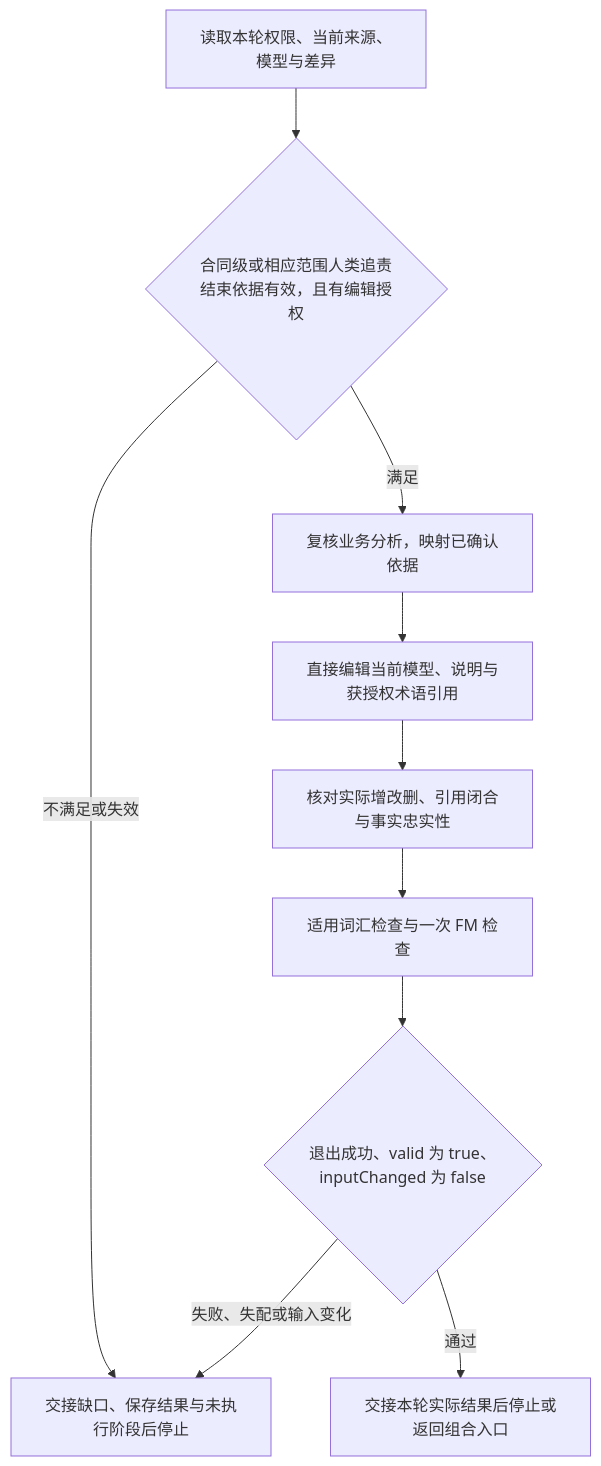
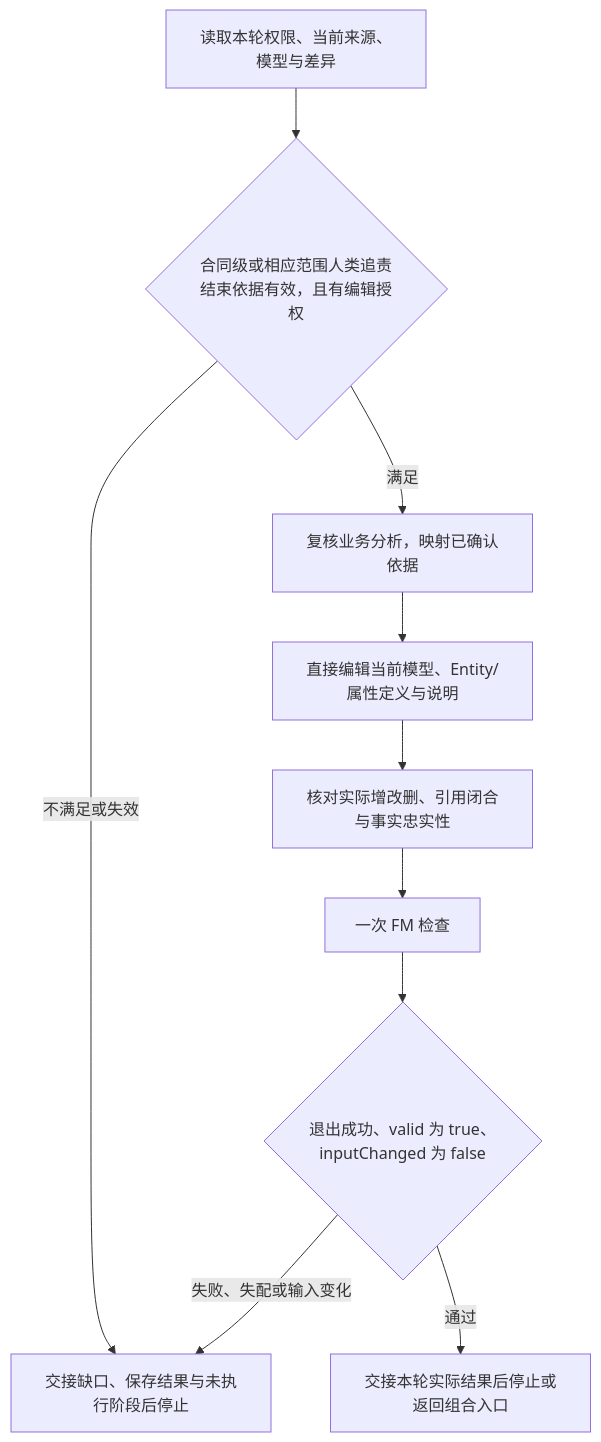
Before and after one commit to JayClock/Evidence-Framework: the diagram in .agents/skills/evidence-fm/references/editing-workflow.md, drawn with Mermaid. The commit also changed other lines of this file and 65 other files, not shown here.

````diff
--- a/.agents/skills/evidence-fm/references/editing-workflow.md
+++ b/.agents/skills/evidence-fm/references/editing-workflow.md
@@ -7,21 +7,21 @@
 ```mermaid
 flowchart TD
     input[读取本轮权限、当前来源、模型与差异]
     admission{合同级或相应范围人类追责结束依据有效，且有编辑授权}
     mapping[复核业务分析，映射已确认依据]
-    edit[直接编辑当前模型、说明与获授权术语引用]
+    edit[直接编辑当前模型、Entity/属性定义与说明]
     difference[核对实际增改删、引用闭合与事实忠实性]
-    check[适用词汇检查与一次 FM 检查]
+    check[一次 FM 检查]
     valid{退出成功、valid 为 true、inputChanged 为 false}
     blocked[交接缺口、保存结果与未执行阶段后停止]
     handoff[交接本轮实际结果后停止或返回组合入口]
     input --> admission
     admission -->|不满足或失效| blocked
     admission -->|满足| mapping
     mapping --> edit
     edit --> difference
     difference --> check
     check --> valid
     valid -->|失败、失配或输入变化| blocked
     valid -->|通过| handoff
 ```
````
